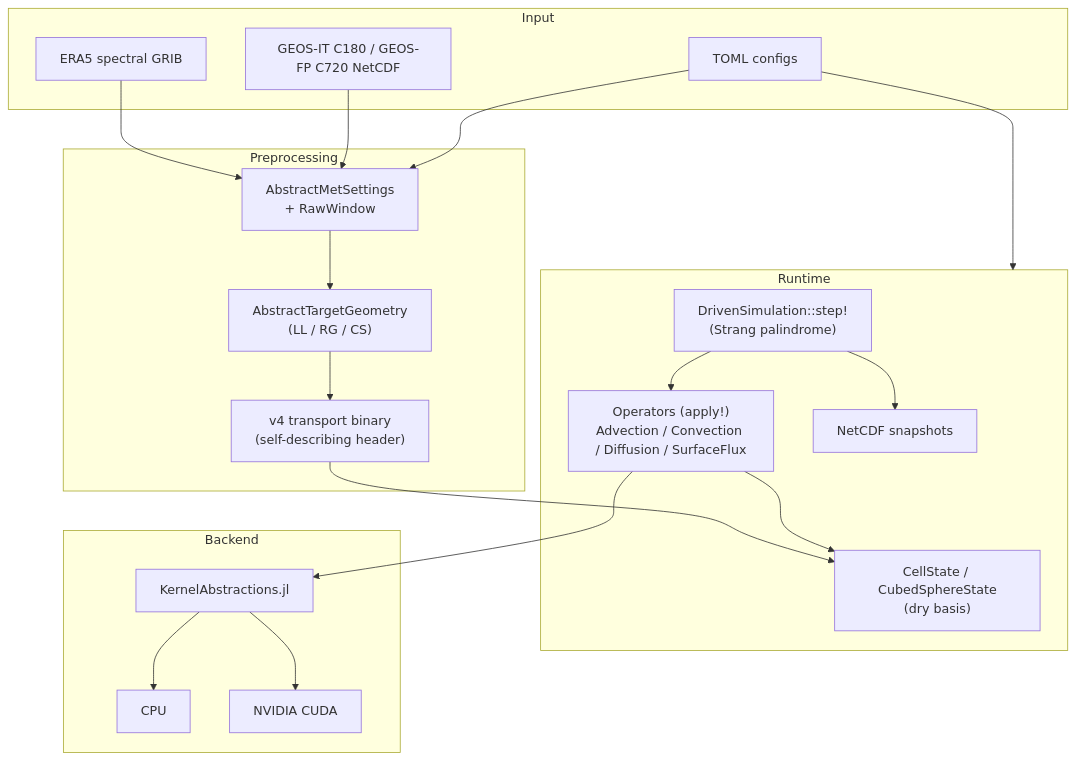
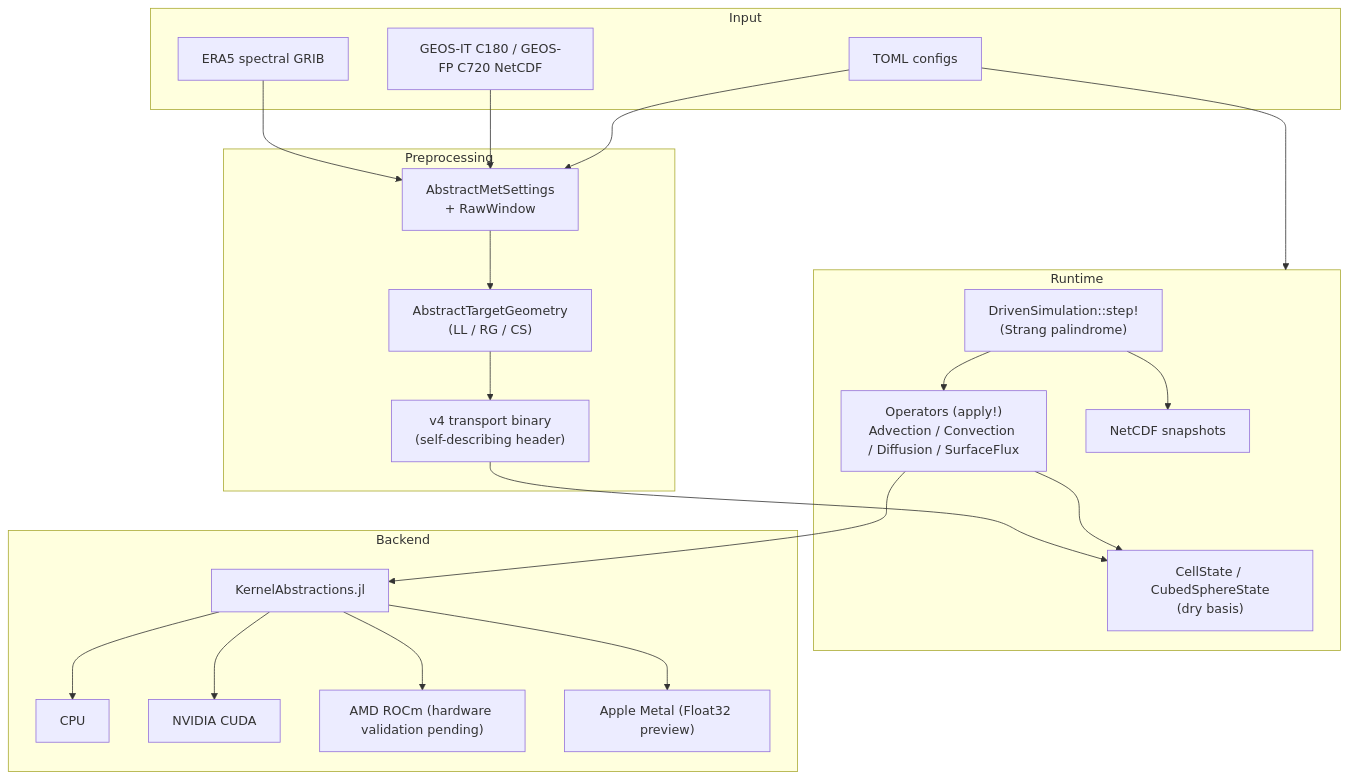
Before and after one commit to RemoteSensingTools/AtmosTransport.jl: the diagram in README.md, drawn with Mermaid. The commit also changed other lines of this file and 31 other files, not shown here.

````diff
--- a/README.md
+++ b/README.md
@@ -126,37 +127,41 @@
 ```mermaid
 flowchart TD
     subgraph IN["Input"]
         ERA5["ERA5 spectral GRIB"]
         GEOS["GEOS-IT C180 / GEOS-FP C720 NetCDF"]
         TOML["TOML configs"]
     end
     subgraph PRE["Preprocessing"]
         SRC["AbstractMetSettings<br/>+ RawWindow"]
         TGT["AbstractTargetGeometry<br/>(LL / RG / CS)"]
         BIN["v4 transport binary<br/>(self-describing header)"]
     end
     subgraph RT["Runtime"]
         STATE["CellState / CubedSphereState<br/>(dry basis)"]
         OPS["Operators (apply!)<br/>Advection / Convection / Diffusion / SurfaceFlux"]
         STEP["DrivenSimulation::step!<br/>(Strang palindrome)"]
         SNAP["NetCDF snapshots"]
     end
     subgraph BACK["Backend"]
         KA["KernelAbstractions.jl"]
         CPU["CPU"]
         CUDA["NVIDIA CUDA"]
+        ROCM["AMD ROCm (hardware validation pending)"]
+        METAL["Apple Metal (Float32 preview)"]
     end
     ERA5 --> SRC
     GEOS --> SRC
     TOML --> SRC
     TOML --> RT
     SRC --> TGT
     TGT --> BIN
     BIN --> STATE
     STEP --> OPS
     OPS --> STATE
     STEP --> SNAP
     OPS --> KA
     KA --> CPU
     KA --> CUDA
+    KA --> ROCM
+    KA --> METAL
 ```
````
